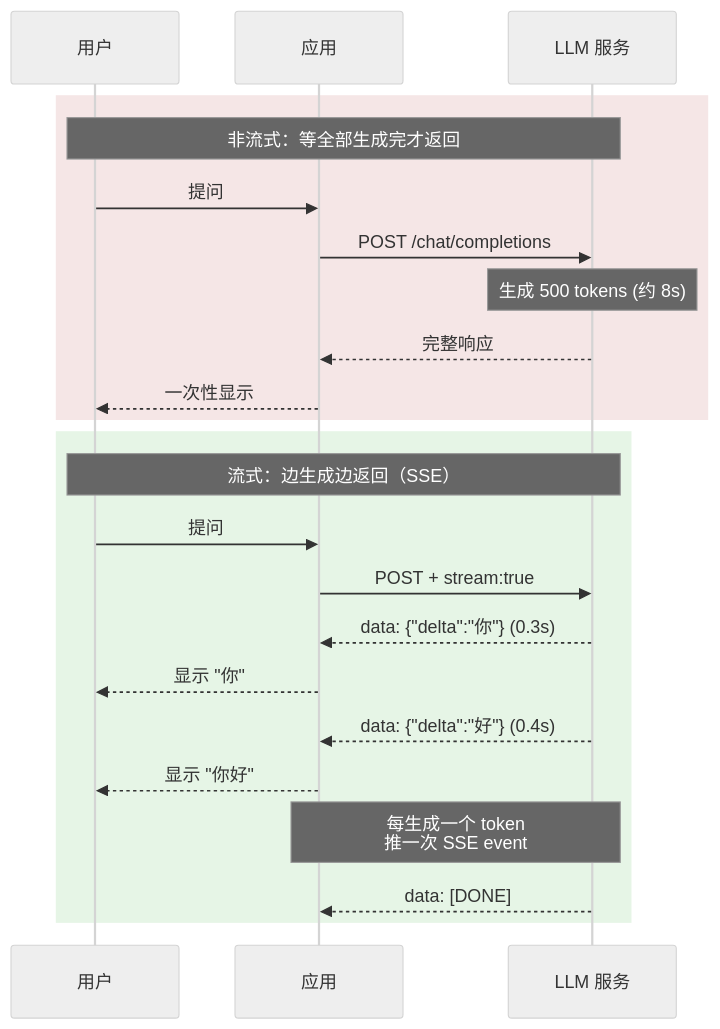
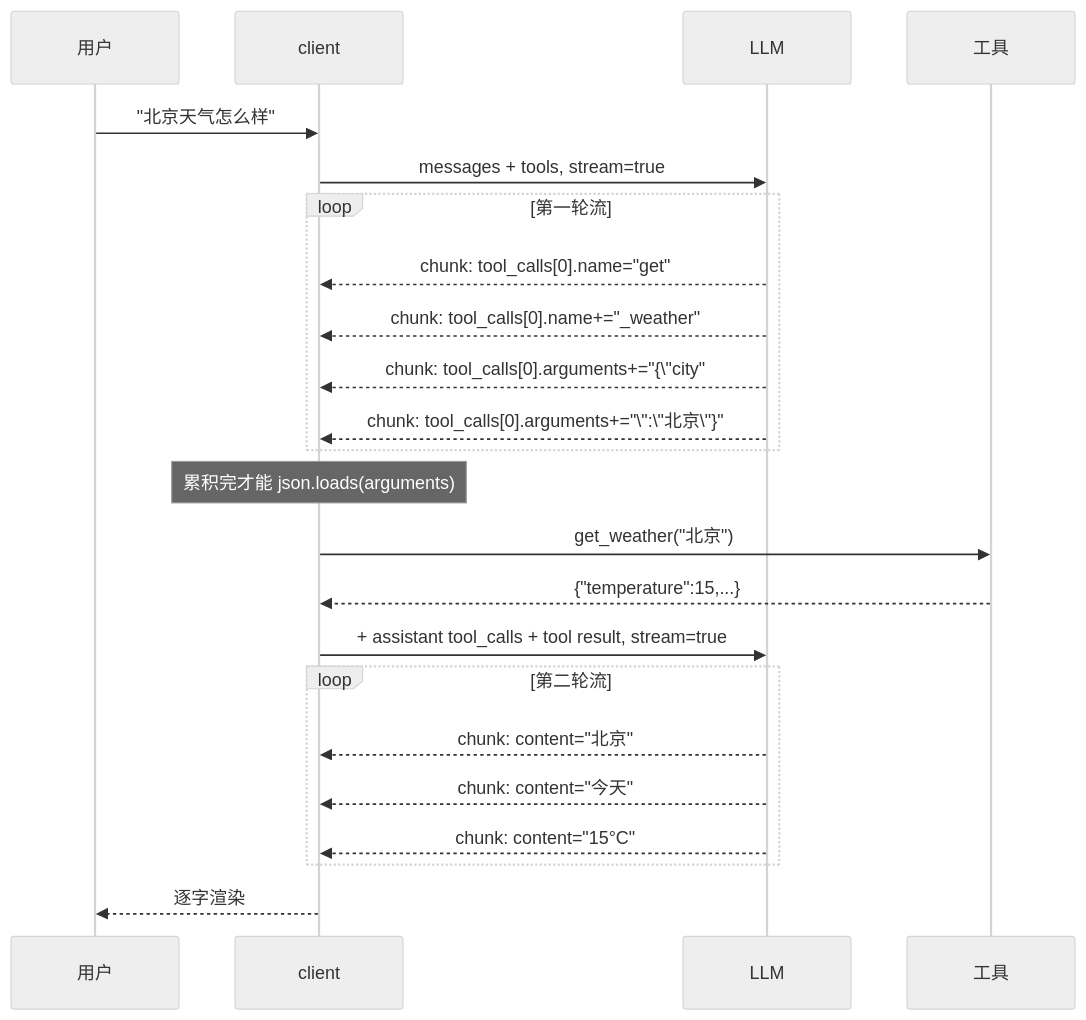
The diagram in 02-streaming-demo/README.md (gocronx/llm), drawn with Mermaid (neutral theme) before and after one commit. The commit also changed other lines of this file and 25 other files, not shown here.

````diff
--- a/02-streaming-demo/README.md
+++ b/02-streaming-demo/README.md
@@ -9,27 +13,26 @@
 ```mermaid
 sequenceDiagram
     participant U as 用户
-    participant A as 应用
-    participant L as LLM 服务
+    participant A as client
+    participant L as LLM
+    participant T as 工具
 
-    rect rgb(245, 230, 230)
-        Note over U,L: 非流式：等全部生成完才返回
-        U->>A: 提问
-        A->>L: POST /chat/completions
-        Note over L: 生成 500 tokens (约 8s)
-        L-->>A: 完整响应
-        A-->>U: 一次性显示
+    U->>A: "北京天气怎么样"
+    A->>L: messages + tools, stream=true
+    loop 第一轮流
+        L-->>A: chunk: tool_calls[0].name="get"
+        L-->>A: chunk: tool_calls[0].name+="_weather"
+        L-->>A: chunk: tool_calls[0].arguments+="{\"city"
+        L-->>A: chunk: tool_calls[0].arguments+="\":\"北京\"}"
     end
-
-    rect rgb(230, 245, 230)
-        Note over U,L: 流式：边生成边返回（SSE）
-        U->>A: 提问
-        A->>L: POST + stream:true
-        L-->>A: data: {"delta":"你"} (0.3s)
-        A-->>U: 显示 "你"
-        L-->>A: data: {"delta":"好"} (0.4s)
-        A-->>U: 显示 "你好"
-        Note over L,A: 每生成一个 token<br/>推一次 SSE event
-        L-->>A: data: [DONE]
+    Note over A: 累积完才能 json.loads(arguments)
+    A->>T: get_weather("北京")
+    T-->>A: {"temperature":15,...}
+    A->>L: + assistant tool_calls + tool result, stream=true
+    loop 第二轮流
+        L-->>A: chunk: content="北京"
+        L-->>A: chunk: content="今天"
+        L-->>A: chunk: content="15°C"
     end
+    A-->>U: 逐字渲染
 ```
````
